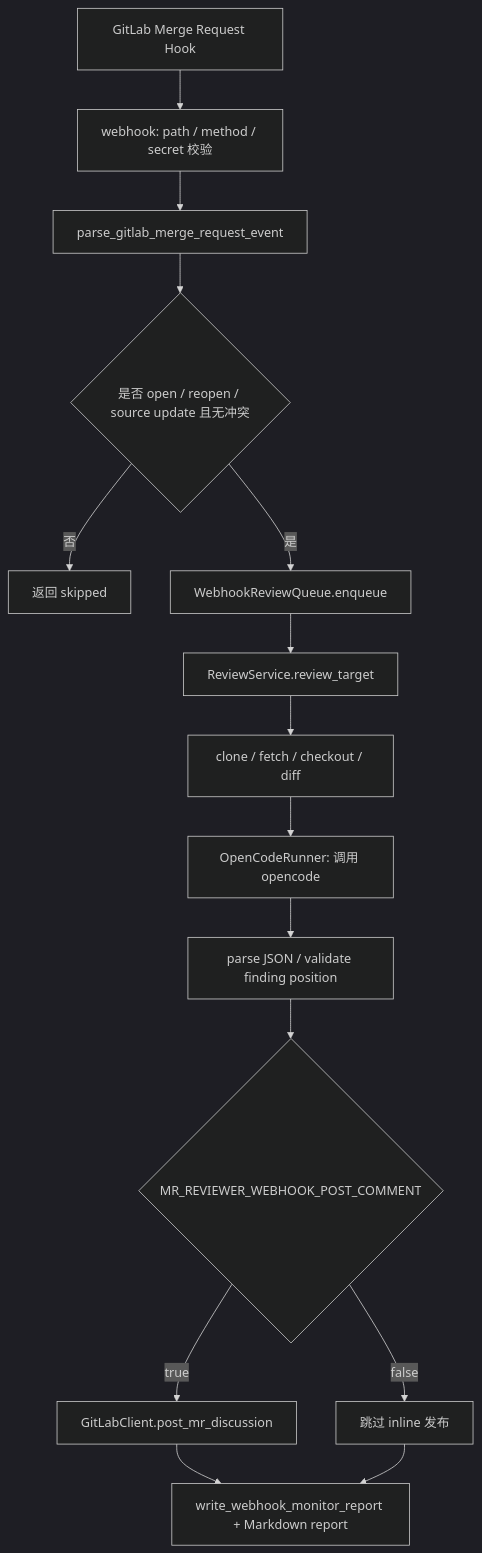
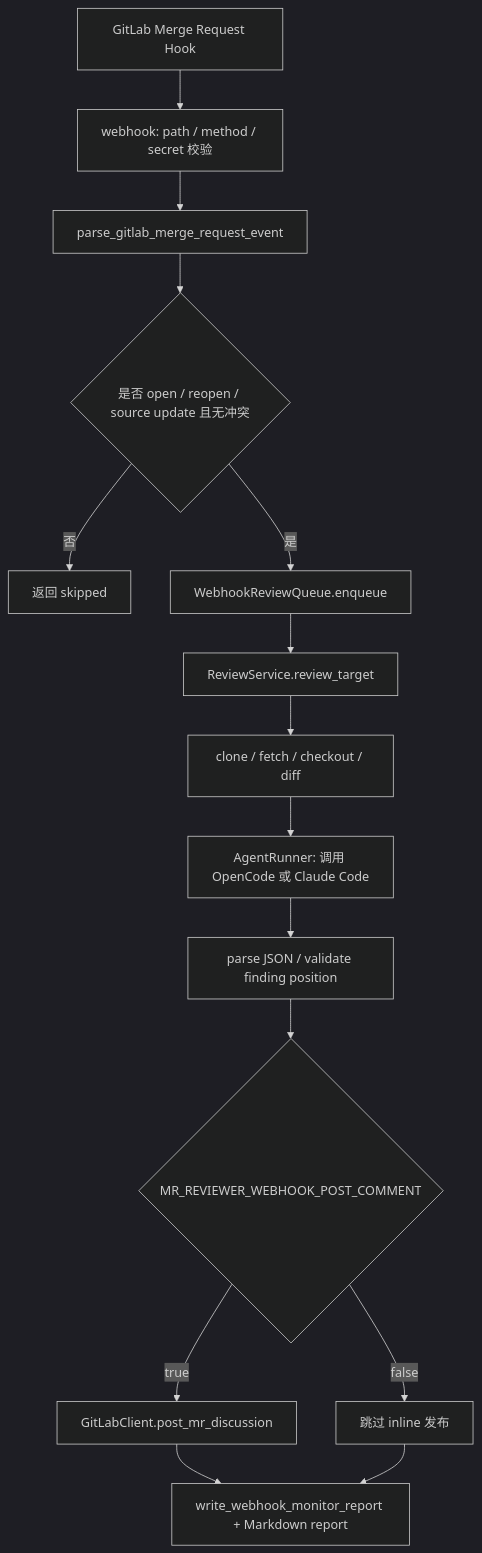
One commit to Faye-663/code-mr-reviewer changed the third of 3 diagrams in docs/DESIGN.md. Above: the diagram before and after it, drawn with Mermaid (dark theme). The commit also changed other lines of this file and 4 other files, not shown here.

Commit message:
docs: 同步 Agent Runner 与 skill 使用方式

````diff
--- a/docs/DESIGN.md
+++ b/docs/DESIGN.md
@@ -42,17 +42,17 @@
 ```mermaid
 flowchart TD
     A["GitLab Merge Request Hook"] --> B["webhook: path / method / secret 校验"]
     B --> C["parse_gitlab_merge_request_event"]
     C --> D{"是否 open / reopen / source update 且无冲突"}
     D -- "否" --> E["返回 skipped"]
     D -- "是" --> F["WebhookReviewQueue.enqueue"]
     F --> G["ReviewService.review_target"]
     G --> H["clone / fetch / checkout / diff"]
-    H --> I["OpenCodeRunner: 调用 opencode"]
+    H --> I["AgentRunner: 调用 OpenCode 或 Claude Code"]
     I --> J["parse JSON / validate finding position"]
     J --> K{"MR_REVIEWER_WEBHOOK_POST_COMMENT"}
     K -- "true" --> L["GitLabClient.post_mr_discussion"]
     K -- "false" --> M["跳过 inline 发布"]
     L --> N["write_webhook_monitor_report + Markdown report"]
     M --> N
 ```
````
